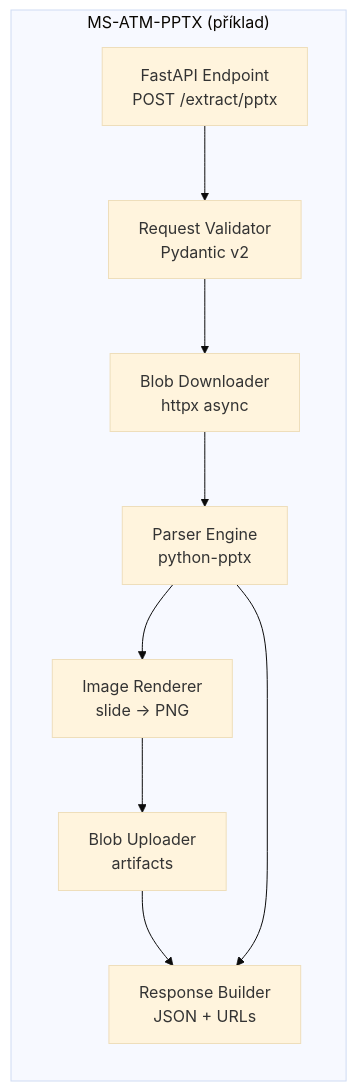
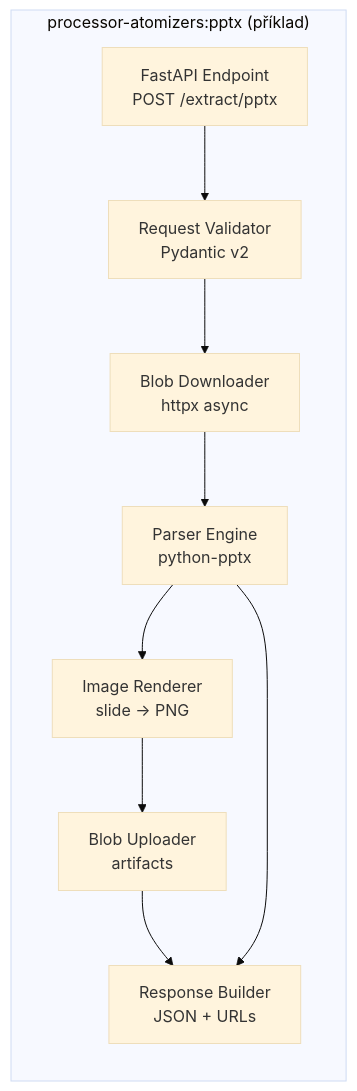
The seventh of 7 diagrams in docs/microservices_decomposition.md (JanBartyzal/ReportAutomatization), drawn with Mermaid (base theme) before and after one commit. The commit also changed other lines of this file and 149 other files, not shown here.

````diff
--- a/docs/microservices_decomposition.md
+++ b/docs/microservices_decomposition.md
@@ -391,16 +391,16 @@
 ```mermaid
 graph LR
-    subgraph "MS-ATM-PPTX (příklad)"
+    subgraph "processor-atomizers:pptx (příklad)"
         EP[FastAPI Endpoint<br/>POST /extract/pptx]
         VAL[Request Validator<br/>Pydantic v2]
         DL[Blob Downloader<br/>httpx async]
         PARSE[Parser Engine<br/>python-pptx]
         IMG[Image Renderer<br/>slide → PNG]
         UPL[Blob Uploader<br/>artifacts]
         RESP[Response Builder<br/>JSON + URLs]
     end
 
     EP --> VAL --> DL --> PARSE
     PARSE --> IMG --> UPL --> RESP
     PARSE --> RESP
 ```
````
